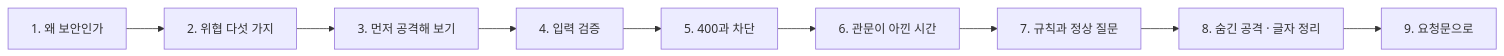
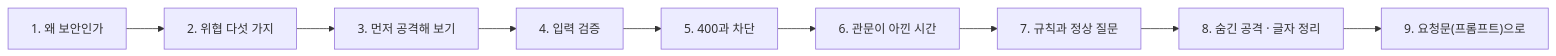
One commit to jbbdyee/ai-engineering-lab changed the first of 3 diagrams in Lecture/73/01-STAGE1-THREATS-AND-INPUT.md. Above: the diagram before and after it, drawn with Mermaid. The commit also changed other lines of this file and 197 other files, not shown here.

````diff
--- a/Lecture/73/01-STAGE1-THREATS-AND-INPUT.md
+++ b/Lecture/73/01-STAGE1-THREATS-AND-INPUT.md
@@ -8,5 +8,5 @@
 ```mermaid
 flowchart LR
   A["1. 왜 보안인가"] --> B["2. 위협 다섯 가지"] --> C["3. 먼저 공격해 보기"] --> D["4. 입력 검증"] --> E["5. 400과 차단"]
-  E --> F["6. 관문이 아낀 시간"] --> G["7. 규칙과 정상 질문"] --> H["8. 숨긴 공격 · 글자 정리"] --> I["9. 요청문으로"]
+  E --> F["6. 관문이 아낀 시간"] --> G["7. 규칙과 정상 질문"] --> H["8. 숨긴 공격 · 글자 정리"] --> I["9. 요청문(프롬프트)으로"]
 ```
````
